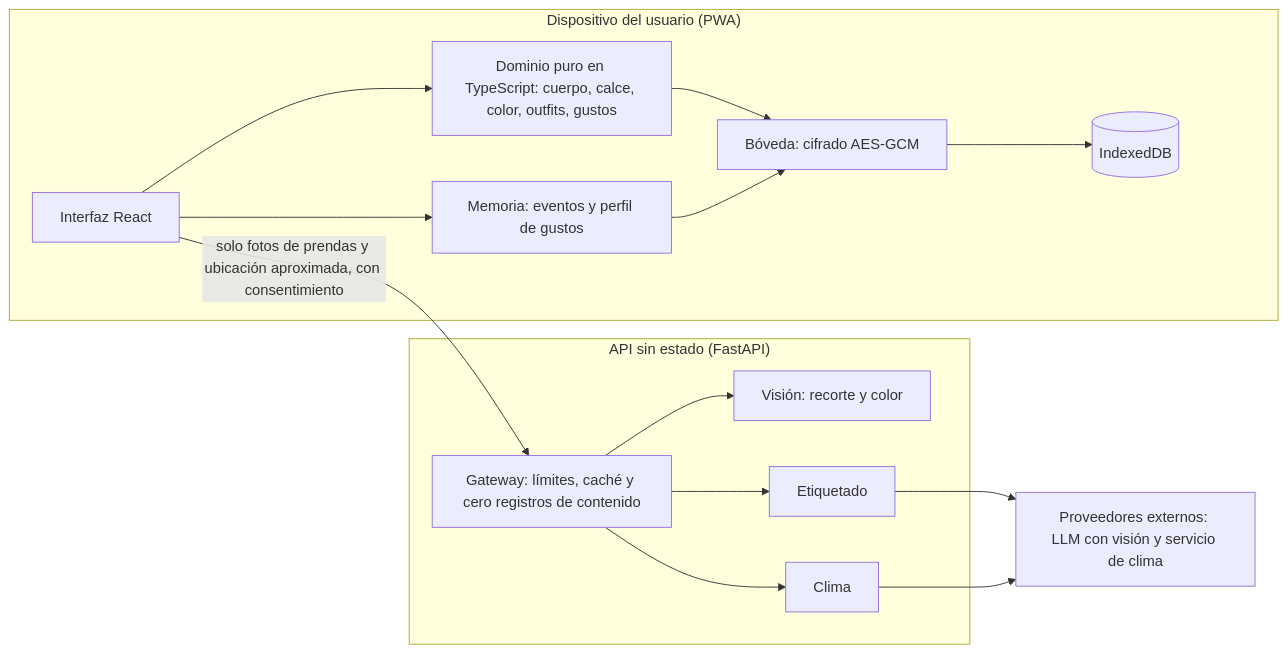
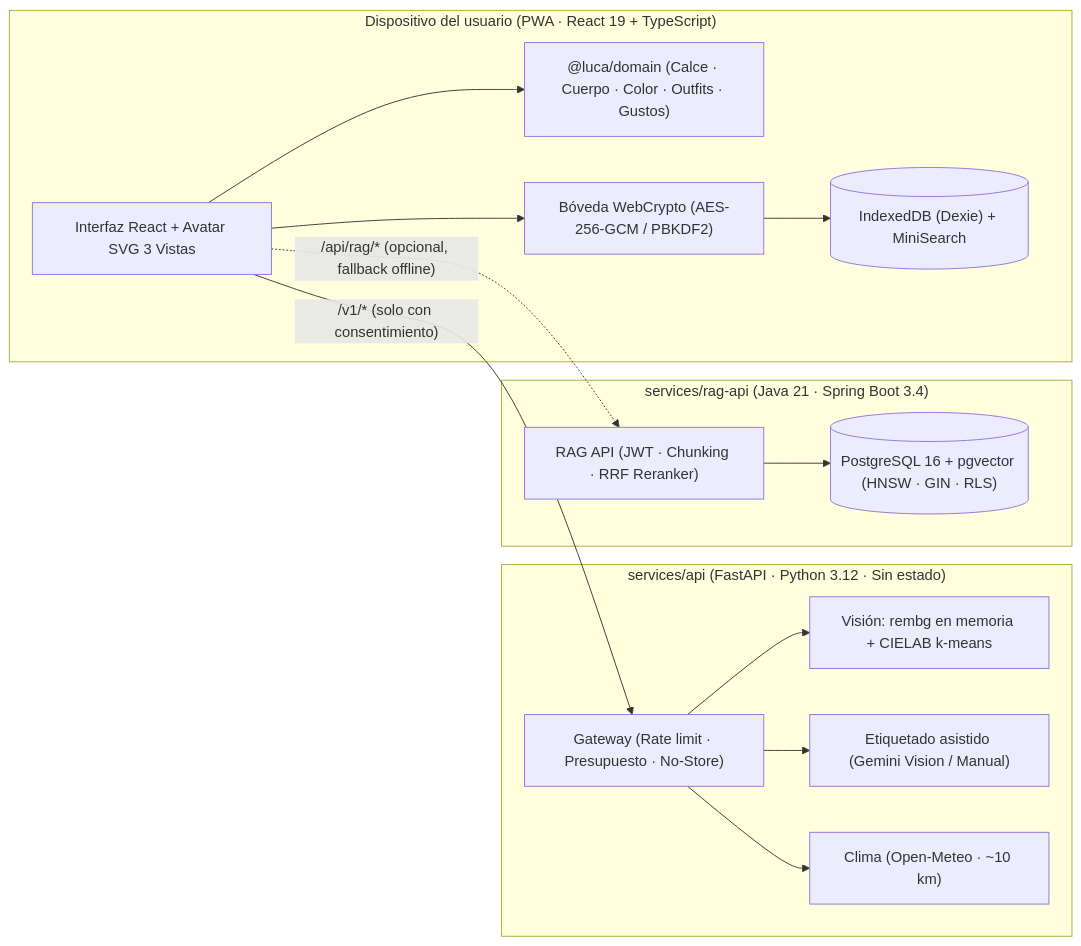
One commit to Cristixn04/Luca changed the diagram in README.md. Above: the diagram before and after it, drawn with Mermaid. The commit also changed other lines of this file and 3 other files, not shown here.

````diff
--- a/README.md
+++ b/README.md
@@ -440,28 +53,31 @@
 ```mermaid
 flowchart LR
-    subgraph DEV["Dispositivo del usuario (PWA)"]
-        UI["Interfaz React"]
-        DOM["Dominio puro en TypeScript: cuerpo, calce, color, outfits, gustos"]
-        MEM["Memoria: eventos y perfil de gustos"]
-        VAULT["Bóveda: cifrado AES-GCM"]
-        IDB[("IndexedDB")]
+    subgraph DEV["Dispositivo del usuario (PWA · React 19 + TypeScript)"]
+        UI["Interfaz React + Avatar SVG 3 Vistas"]
+        DOM["@luca/domain (Calce · Cuerpo · Color · Outfits · Gustos)"]
+        VAULT["Bóveda WebCrypto (AES-256-GCM / PBKDF2)"]
+        IDB[("IndexedDB (Dexie) + MiniSearch")]
     end
-    subgraph CLOUD["API sin estado (FastAPI)"]
-        GW["Gateway: límites, caché y cero registros de contenido"]
-        VIS["Visión: recorte y color"]
-        TAG["Etiquetado"]
-        WX["Clima"]
+
+    subgraph VISION["services/api (FastAPI · Python 3.12 · Sin estado)"]
+        GW["Gateway (Rate limit · Presupuesto · No-Store)"]
+        REM["Visión: rembg en memoria + CIELAB k-means"]
+        TAG["Etiquetado asistido (Gemini Vision / Manual)"]
+        WX["Clima (Open-Meteo · ~10 km)"]
     end
-    EXT["Proveedores externos: LLM con visión y servicio de clima"]
+
+    subgraph RAG["services/rag-api (Java 21 · Spring Boot 3.4)"]
+        RAPI["RAG API (JWT · Chunking · RRF Reranker)"]
+        PG[("PostgreSQL 16 + pgvector (HNSW · GIN · RLS)")]
+    end
+
     UI --> DOM
-    UI --> MEM
-    DOM --> VAULT
-    MEM --> VAULT
+    UI --> VAULT
     VAULT --> IDB
-    UI -- "solo fotos de prendas y ubicación aproximada, con consentimiento" --> GW
-    GW --> VIS
+    UI -- "/v1/* (solo con consentimiento)" --> GW
+    GW --> REM
     GW --> TAG
     GW --> WX
-    TAG --> EXT
-    WX --> EXT
+    UI -. "/api/rag/* (opcional, fallback offline)" .-> RAPI
+    RAPI --> PG
 ```
````
